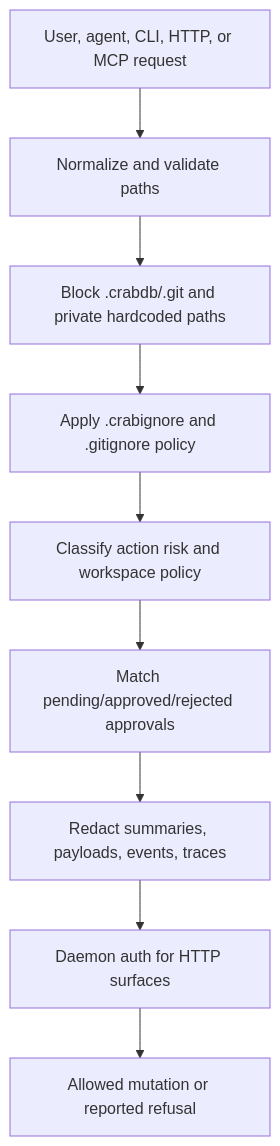
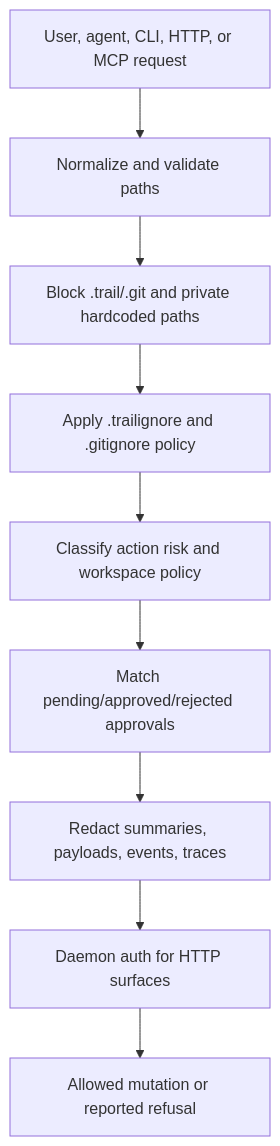
Before and after one commit to crabbuild/trail: the first of 3 diagrams in docs/design/guardrails-security-and-redaction.md, drawn with Mermaid. The commit also changed other lines of this file and 650 other files, not shown here.

````diff
--- a/docs/design/guardrails-security-and-redaction.md
+++ b/docs/design/guardrails-security-and-redaction.md
@@ -26,14 +26,14 @@
 ```mermaid
 flowchart TB
     Input["User, agent, CLI, HTTP, or MCP request"]
     Normalize["Normalize and validate paths"]
-    Internal["Block .crabdb/.git and private hardcoded paths"]
-    Ignore["Apply .crabignore and .gitignore policy"]
+    Internal["Block .trail/.git and private hardcoded paths"]
+    Ignore["Apply .trailignore and .gitignore policy"]
     Guardrails["Classify action risk and workspace policy"]
     Approval["Match pending/approved/rejected approvals"]
     Redact["Redact summaries, payloads, events, traces"]
     Auth["Daemon auth for HTTP surfaces"]
     Mutation["Allowed mutation or reported refusal"]
 
     Input --> Normalize --> Internal --> Ignore --> Guardrails --> Approval --> Redact --> Auth --> Mutation
 ```
````
